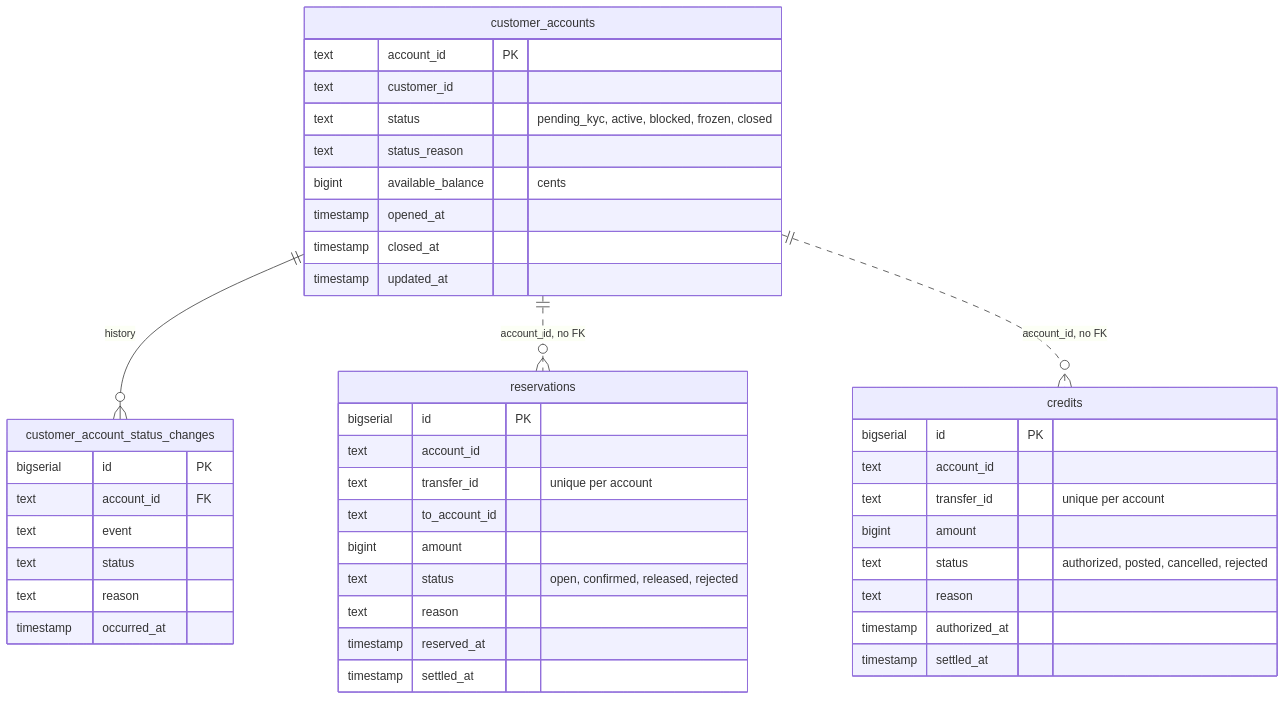
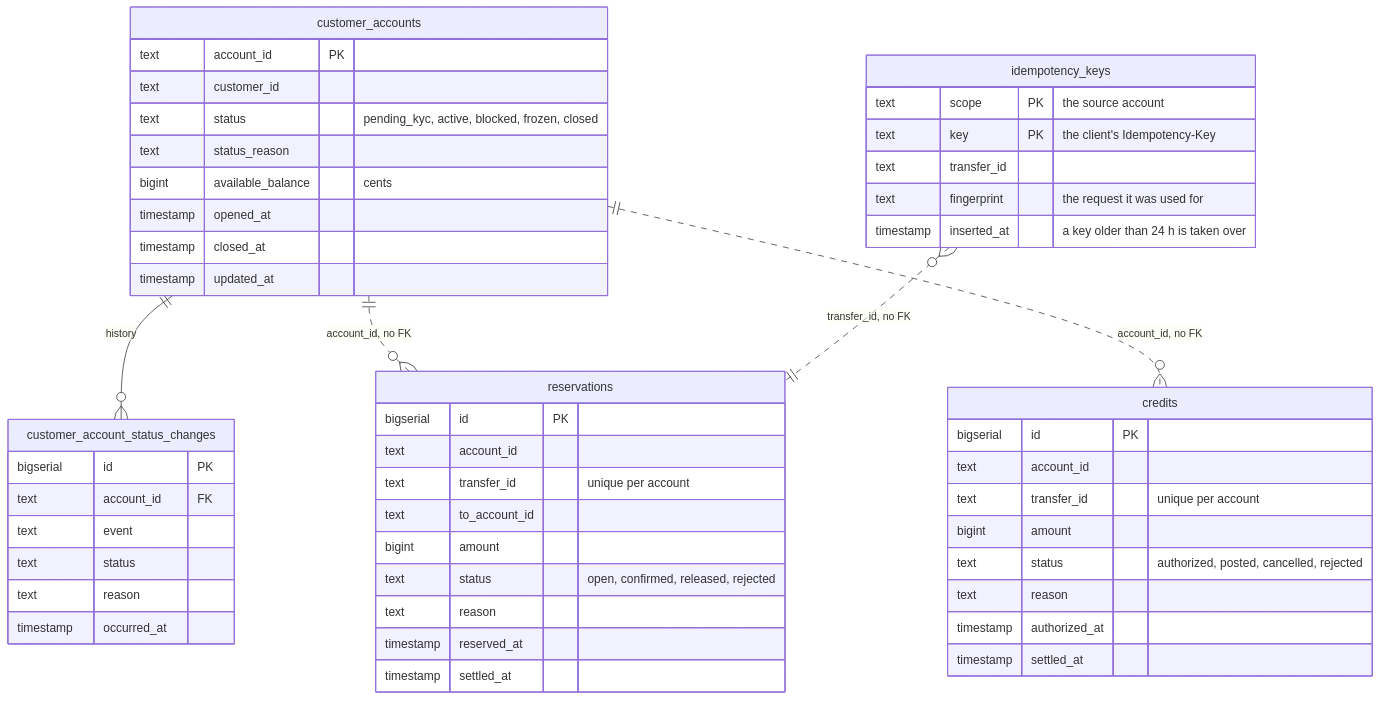
One commit to LuanDc/banking changed the third of 4 diagrams in apps/accounts/README.md. Above: the diagram before and after it, drawn with Mermaid. The commit also changed other lines of this file and 24 other files, not shown here.

````diff
--- a/apps/accounts/README.md
+++ b/apps/accounts/README.md
@@ -298,46 +300,54 @@
 ```mermaid
 erDiagram
     customer_accounts ||--o{ customer_account_status_changes : "history"
     customer_accounts ||..o{ reservations : "account_id, no FK"
     customer_accounts ||..o{ credits : "account_id, no FK"
+    idempotency_keys }o..|| reservations : "transfer_id, no FK"
 
     customer_accounts {
         text account_id PK
         text customer_id
         text status "pending_kyc, active, blocked, frozen, closed"
         text status_reason
         bigint available_balance "cents"
         timestamp opened_at
         timestamp closed_at
         timestamp updated_at
     }
     customer_account_status_changes {
         bigserial id PK
         text account_id FK
         text event
         text status
         text reason
         timestamp occurred_at
     }
     reservations {
         bigserial id PK
         text account_id
         text transfer_id "unique per account"
         text to_account_id
         bigint amount
         text status "open, confirmed, released, rejected"
         text reason
         timestamp reserved_at
         timestamp settled_at
     }
     credits {
         bigserial id PK
         text account_id
         text transfer_id "unique per account"
         bigint amount
         text status "authorized, posted, cancelled, rejected"
         text reason
         timestamp authorized_at
         timestamp settled_at
     }
+    idempotency_keys {
+        text scope PK "the source account"
+        text key PK "the client's Idempotency-Key"
+        text transfer_id
+        text fingerprint "the request it was used for"
+        timestamp inserted_at "a key older than 24 h is taken over"
+    }
 ```
````
